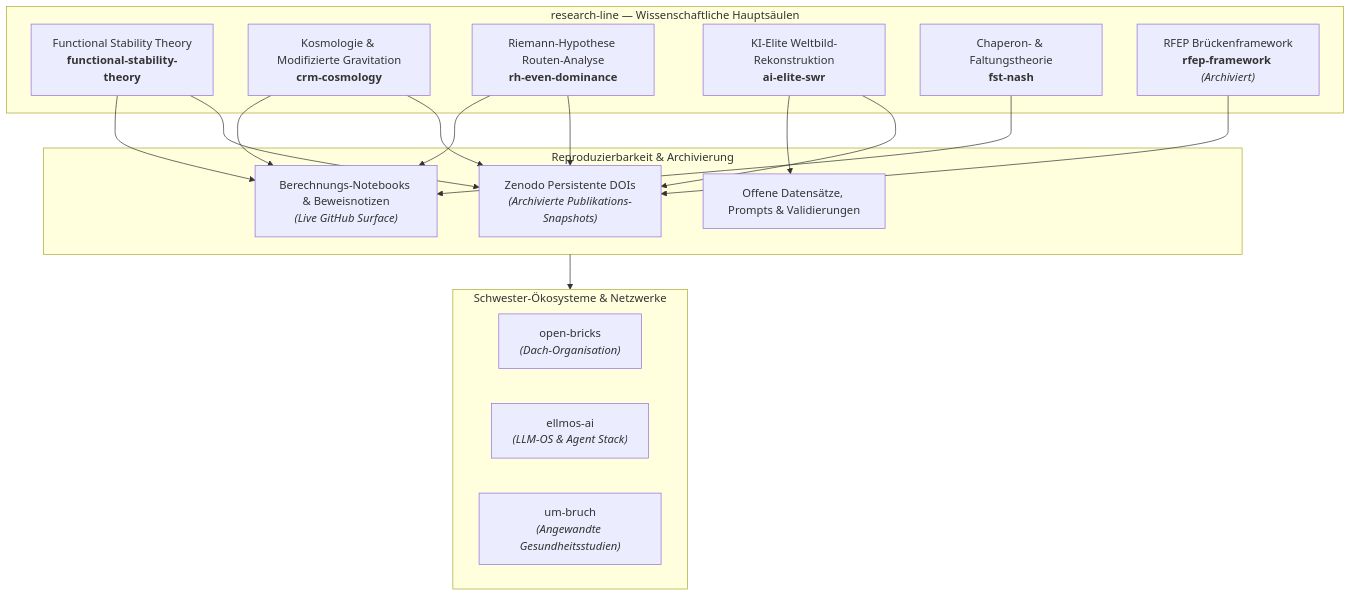
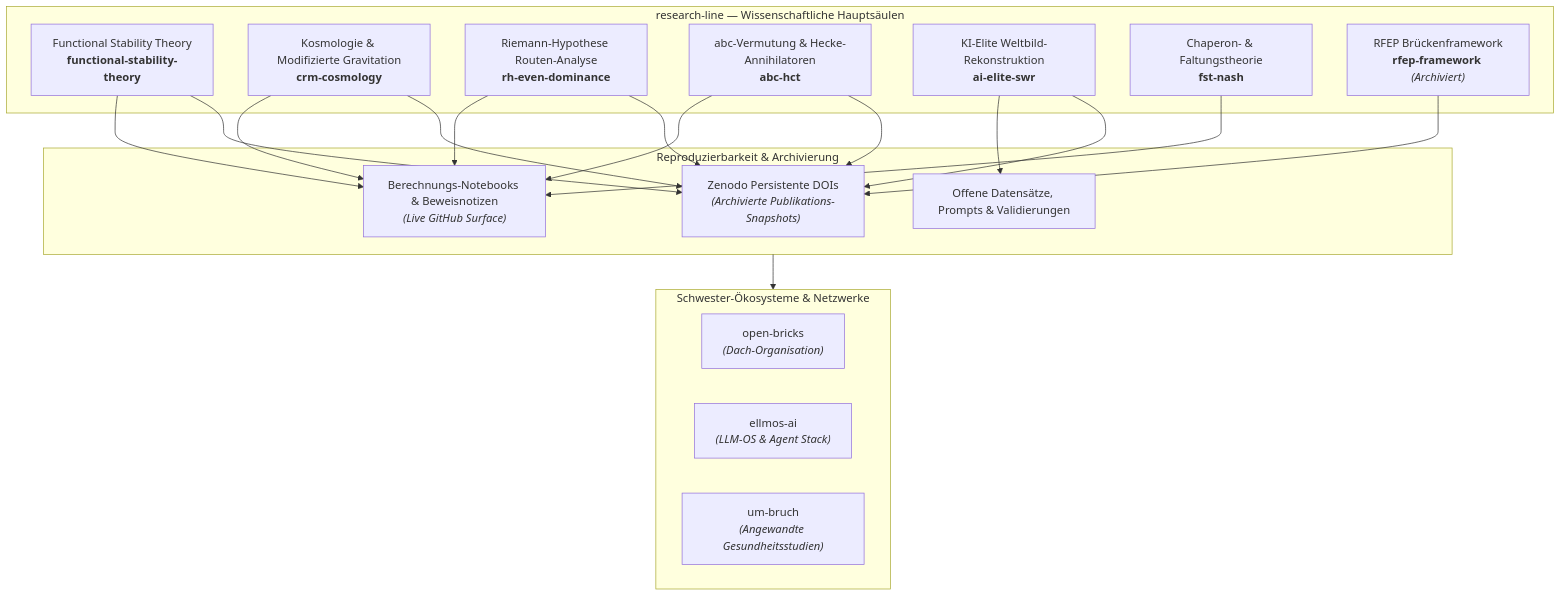
The diagram in profile/README_de.md (research-line/.github), drawn with Mermaid before and after one commit. The commit also changed other lines of this file and 7 other files, not shown here.

Commit message:
docs(profile): update research-line org profile, activity index, abc-hct, and llms.txt [2026-08-23]

````diff
--- a/profile/README_de.md
+++ b/profile/README_de.md
@@ -33,32 +35,34 @@
 ```mermaid
 flowchart TD
     subgraph Research_Pillars["research-line — Wissenschaftliche Hauptsäulen"]
         FST["Functional Stability Theory<br/><b>functional-stability-theory</b>"]
         CRM["Kosmologie & Modifizierte Gravitation<br/><b>crm-cosmology</b>"]
         RH["Riemann-Hypothese Routen-Analyse<br/><b>rh-even-dominance</b>"]
+        HCT["abc-Vermutung & Hecke-Annihilatoren<br/><b>abc-hct</b>"]
         SWR["KI-Elite Weltbild-Rekonstruktion<br/><b>ai-elite-swr</b>"]
         FST_NASH["Chaperon- & Faltungstheorie<br/><b>fst-nash</b>"]
         RFEP["RFEP Brückenframework<br/><b>rfep-framework</b> <i>(Archiviert)</i>"]
     end
 
     subgraph Outputs["Reproduzierbarkeit & Archivierung"]
         Zenodo["Zenodo Persistente DOIs<br/><i>(Archivierte Publikations-Snapshots)</i>"]
         Notebooks["Berechnungs-Notebooks & Beweisnotizen<br/><i>(Live GitHub Surface)</i>"]
         Data["Offene Datensätze, Prompts & Validierungen"]
     end
 
     subgraph Sister_Ecosystems["Schwester-Ökosysteme & Netzwerke"]
         OpenBricks["open-bricks<br/><i>(Dach-Organisation)</i>"]
         EllmosAI["ellmos-ai<br/><i>(LLM-OS & Agent Stack)</i>"]
         UmBruch["um-bruch<br/><i>(Angewandte Gesundheitsstudien)</i>"]
     end
 
     FST --> Notebooks & Zenodo
     CRM --> Notebooks & Zenodo
     RH --> Notebooks & Zenodo
+    HCT --> Notebooks & Zenodo
     SWR --> Data & Zenodo
     FST_NASH --> Notebooks
     RFEP --> Zenodo
 
     Outputs --> Sister_Ecosystems
 ```
````
